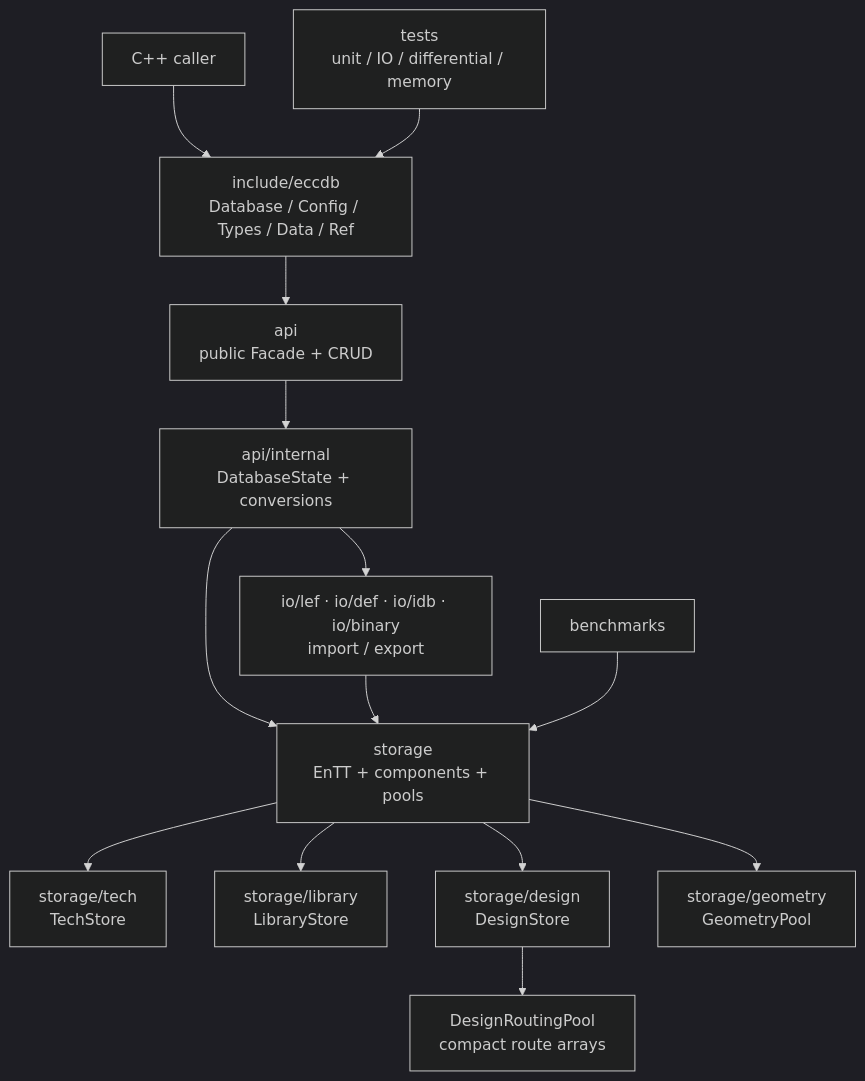
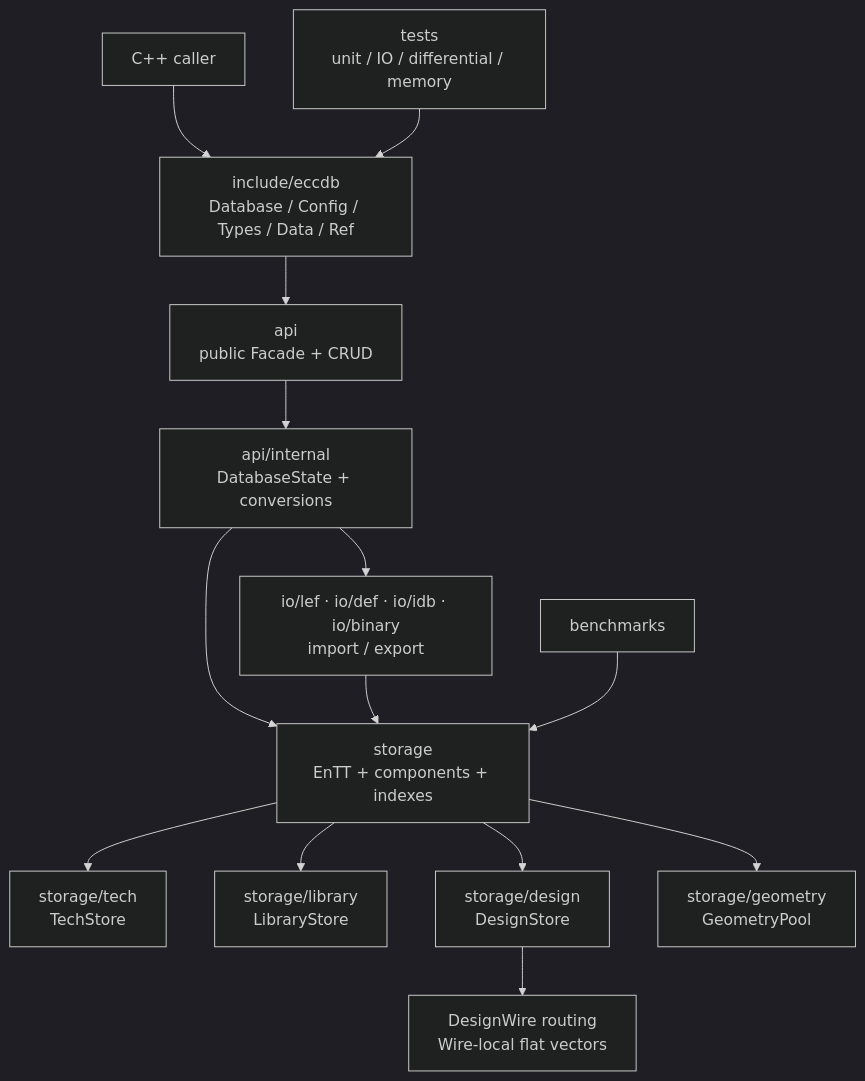
Before and after one commit to openecos-projects/ecc-tools: the first of 3 diagrams in src/database/eccdb/doc/Architecture.en.md, drawn with Mermaid (dark theme). The commit also changed other lines of this file and 95 other files, not shown here.

````diff
--- a/src/database/eccdb/doc/Architecture.en.md
+++ b/src/database/eccdb/doc/Architecture.en.md
@@ -21,16 +21,16 @@
 ```mermaid
 flowchart TB
   client["C++ caller"] --> public["include/eccdb\nDatabase / Config / Types / Data / Ref"]
   public --> api["api\npublic Facade + CRUD"]
   api --> internal["api/internal\nDatabaseState + conversions"]
-  internal --> stores["storage\nEnTT + components + pools"]
+  internal --> stores["storage\nEnTT + components + indexes"]
   stores --> tech["storage/tech\nTechStore"]
   stores --> library["storage/library\nLibraryStore"]
   stores --> design["storage/design\nDesignStore"]
   stores --> geometry["storage/geometry\nGeometryPool"]
-  design --> routing["DesignRoutingPool\ncompact route arrays"]
+  design --> routing["DesignWire routing\nWire-local flat vectors"]
   internal --> io["io/lef · io/def · io/idb · io/binary\nimport / export"]
   io --> stores
   tests["tests\nunit / IO / differential / memory"] --> public
   benchmarks["benchmarks"] --> stores
 ```
````
